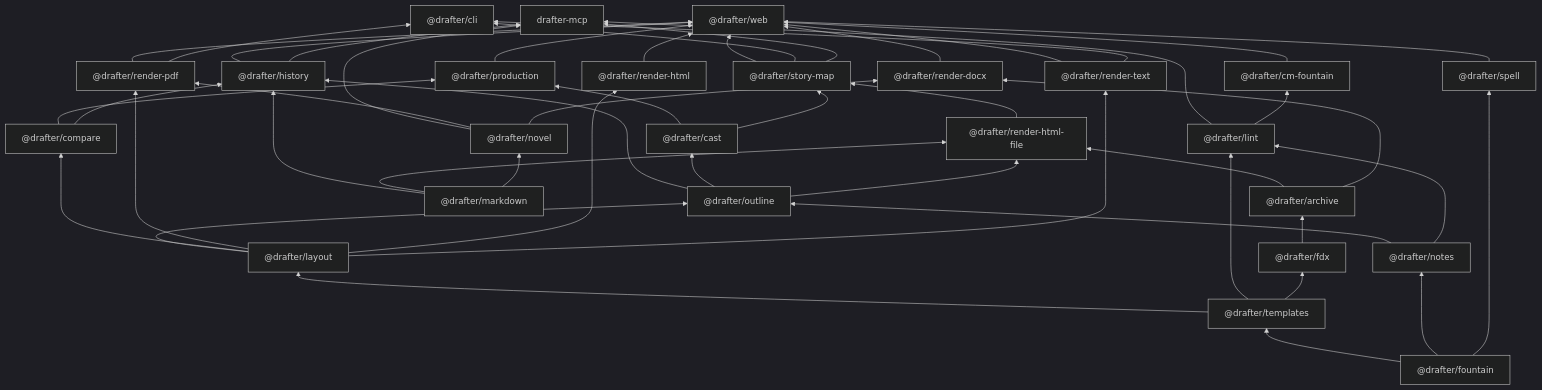
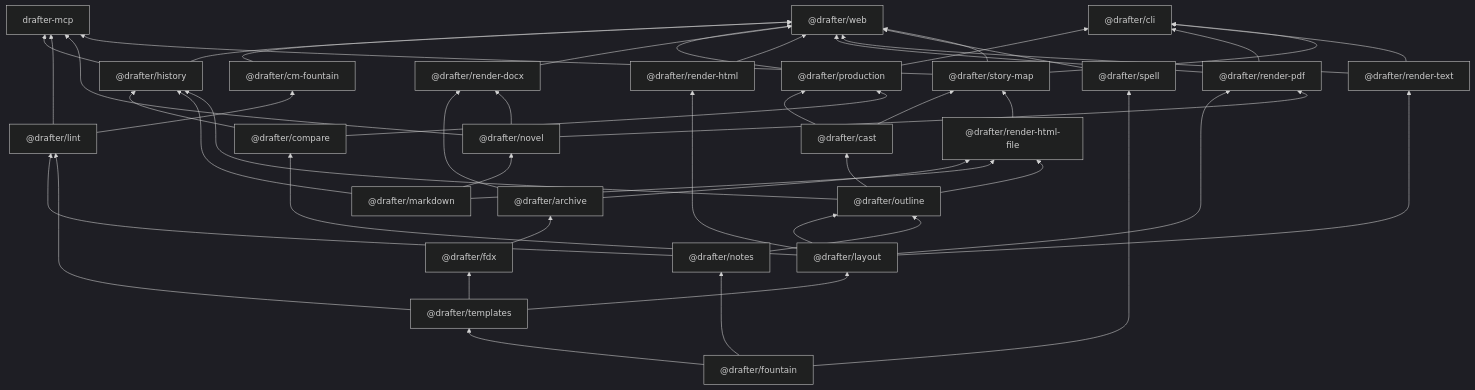
The first of 5 diagrams in docs/technical-details.md (cschweda/drafter), drawn with Mermaid (dark theme) before and after one commit. The commit also changed 10 other files, not shown here.

````diff
--- a/docs/technical-details.md
+++ b/docs/technical-details.md
@@ -38,74 +38,75 @@
 ```mermaid
 flowchart BT
   web["@drafter/web"]
   cli["@drafter/cli"]
   drafter_mcp["drafter-mcp"]
   cm_fountain["@drafter/cm-fountain"]
   outline["@drafter/outline"]
   production["@drafter/production"]
   compare["@drafter/compare"]
   history["@drafter/history"]
   cast["@drafter/cast"]
   story_map["@drafter/story-map"]
   render_pdf["@drafter/render-pdf"]
   render_html["@drafter/render-html"]
   render_html_file["@drafter/render-html-file"]
   render_text["@drafter/render-text"]
   render_docx["@drafter/render-docx"]
   layout["@drafter/layout"]
   lint["@drafter/lint"]
   fdx["@drafter/fdx"]
   archive["@drafter/archive"]
   templates["@drafter/templates"]
   notes["@drafter/notes"]
   spell["@drafter/spell"]
   markdown["@drafter/markdown"]
   novel["@drafter/novel"]
   fountain["@drafter/fountain"]
   cm_fountain --> web
   history --> web
   production --> web
   render_docx --> web
   render_html --> web
   render_pdf --> web
   render_text --> web
   spell --> web
   story_map --> web
+  production --> cli
   render_pdf --> cli
   render_text --> cli
   story_map --> cli
   history --> drafter_mcp
   lint --> drafter_mcp
   novel --> drafter_mcp
   story_map --> drafter_mcp
   lint --> cm_fountain
   layout --> outline
   notes --> outline
   cast --> production
   compare --> production
   layout --> compare
   compare --> history
   markdown --> history
   outline --> history
   outline --> cast
   cast --> story_map
   render_html_file --> story_map
   layout --> render_pdf
   novel --> render_pdf
   layout --> render_html
   archive --> render_html_file
   markdown --> render_html_file
   outline --> render_html_file
   layout --> render_text
   archive --> render_docx
   novel --> render_docx
   templates --> layout
   notes --> lint
   templates --> lint
   templates --> fdx
   fdx --> archive
   fountain --> templates
   fountain --> notes
   fountain --> spell
   markdown --> novel
 ```
````
